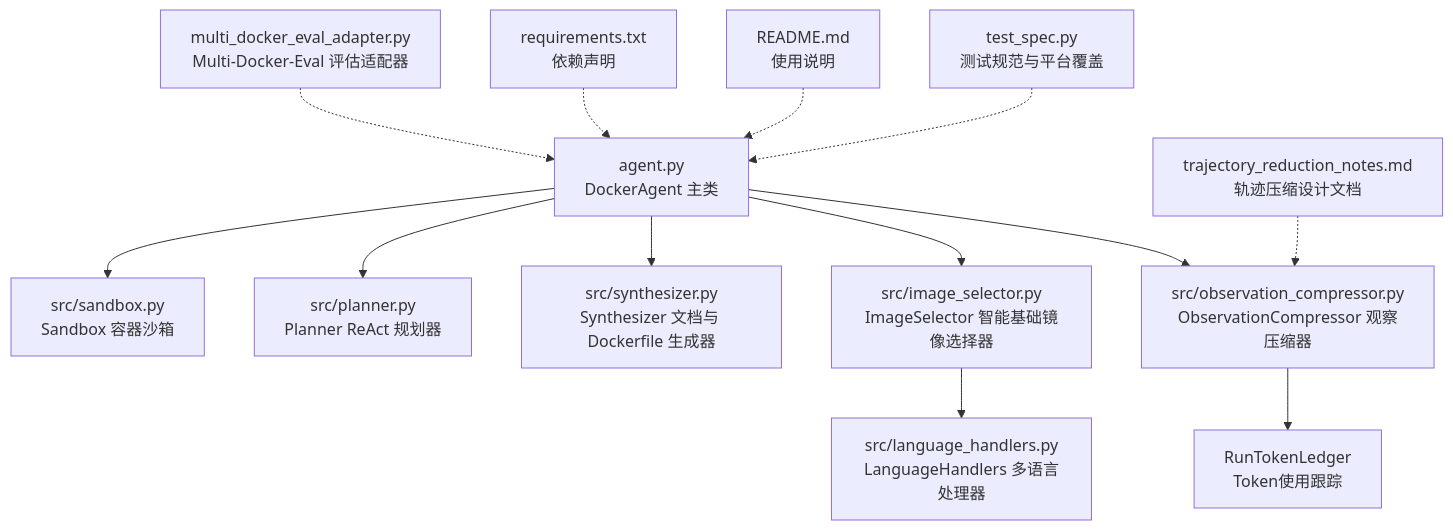
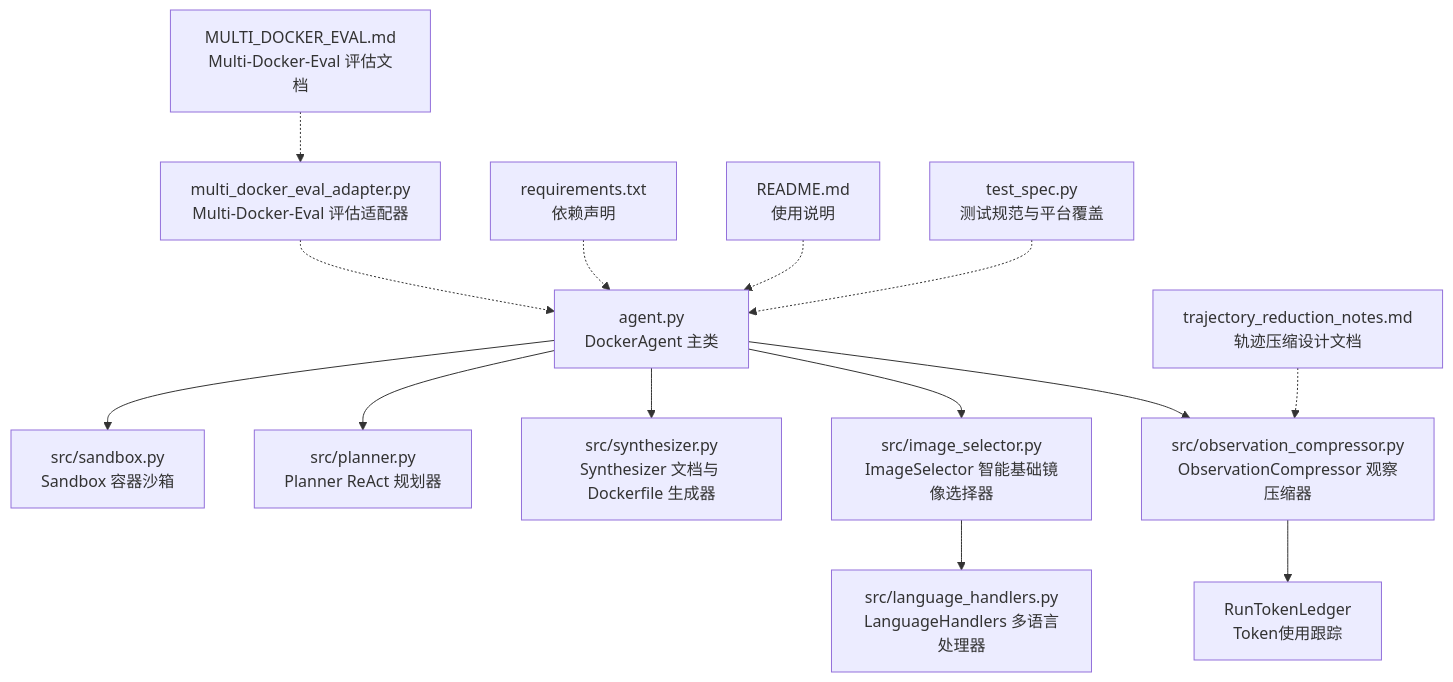
One commit to Jayint/Jayint-repo changed the first of 3 diagrams in .qoder/repowiki/zh/content/核心组件/DockerAgent 主类.md. Above: the diagram before and after it, drawn with Mermaid. The commit also changed other lines of this file and 398 other files, not shown here.

````diff
--- a/.qoder/repowiki/zh/content/核心组件/DockerAgent 主类.md
+++ b/.qoder/repowiki/zh/content/核心组件/DockerAgent 主类.md
@@ -59,15 +60,16 @@
 ```mermaid
 graph TB
 A["agent.py<br/>DockerAgent 主类"] --> B["src/sandbox.py<br/>Sandbox 容器沙箱"]
 A --> C["src/planner.py<br/>Planner ReAct 规划器"]
 A --> D["src/synthesizer.py<br/>Synthesizer 文档与 Dockerfile 生成器"]
 A --> E["src/image_selector.py<br/>ImageSelector 智能基础镜像选择器"]
 A --> OC["src/observation_compressor.py<br/>ObservationCompressor 观察压缩器"]
 OC --> RT["RunTokenLedger<br/>Token使用跟踪"]
 E --> F["src/language_handlers.py<br/>LanguageHandlers 多语言处理器"]
 G["multi_docker_eval_adapter.py<br/>Multi-Docker-Eval 评估适配器"] -.-> A
 H["requirements.txt<br/>依赖声明"] -.-> A
 I["README.md<br/>使用说明"] -.-> A
 J["test_spec.py<br/>测试规范与平台覆盖"] -.-> A
 K["trajectory_reduction_notes.md<br/>轨迹压缩设计文档"] -.-> OC
+L["MULTI_DOCKER_EVAL.md<br/>Multi-Docker-Eval 评估文档"] -.-> G
 ```
````
